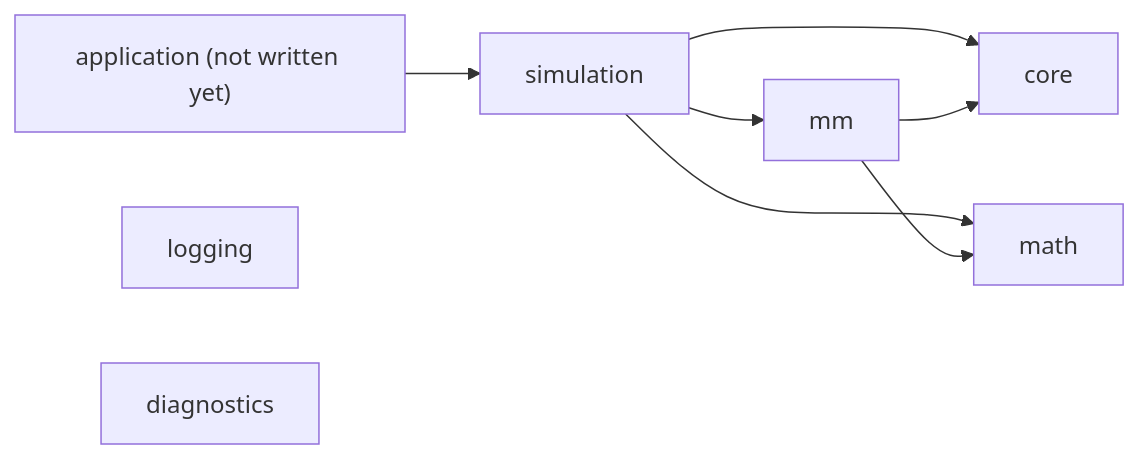
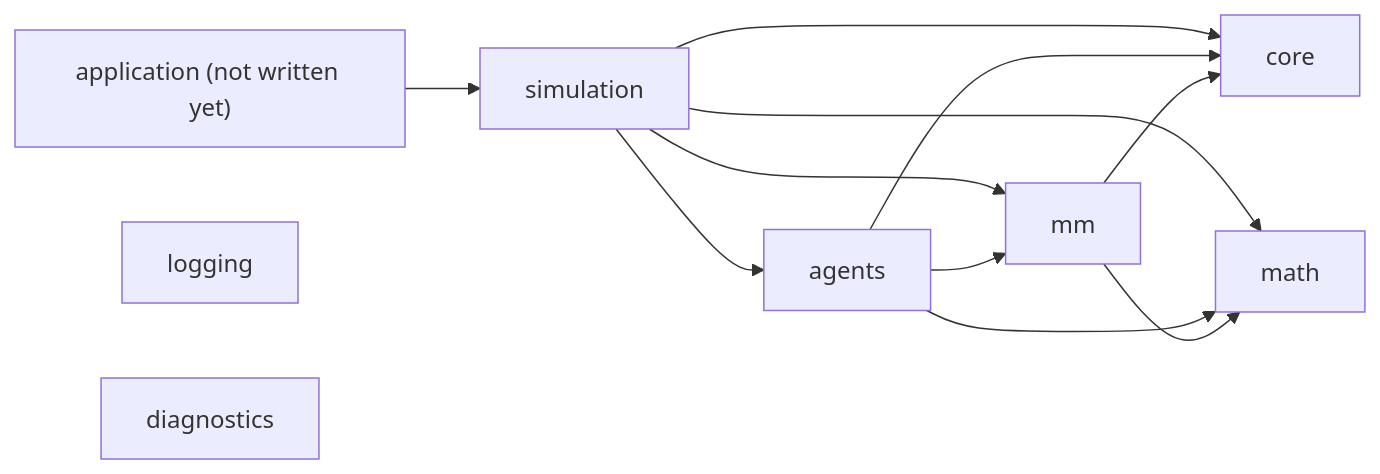
The diagram in docs/architecture/README.md (GuillaumeLaurin/MarketMakingSimulator), drawn with Mermaid before and after one commit. The commit also changed other lines of this file and 137 other files, not shown here.

````diff
--- a/docs/architecture/README.md
+++ b/docs/architecture/README.md
@@ -12,11 +12,15 @@
 ```mermaid
 flowchart LR
     app["application (not written yet)"] --> sim[simulation]
+    sim --> agents
     sim --> mm
     sim --> core
     sim --> math
+    agents --> mm
+    agents --> core
+    agents --> math
     mm --> core
     mm --> math
     logging
     diagnostics
 ```
````
